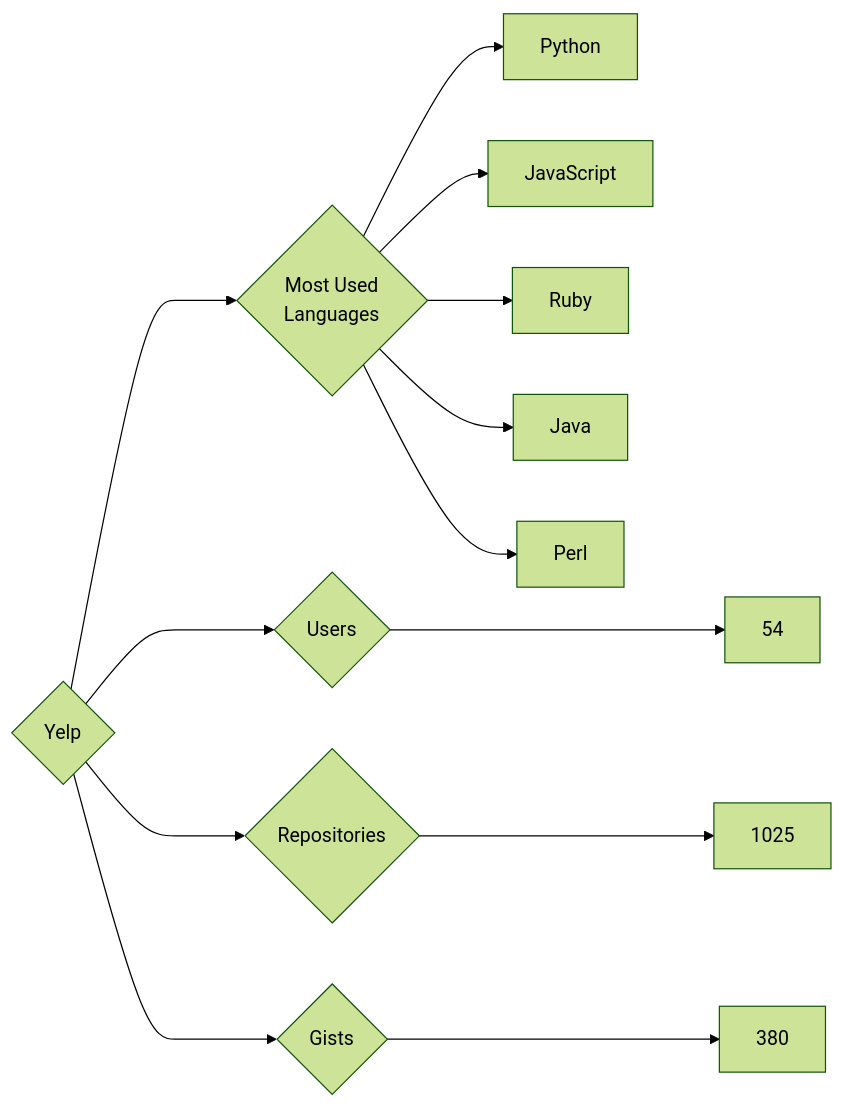
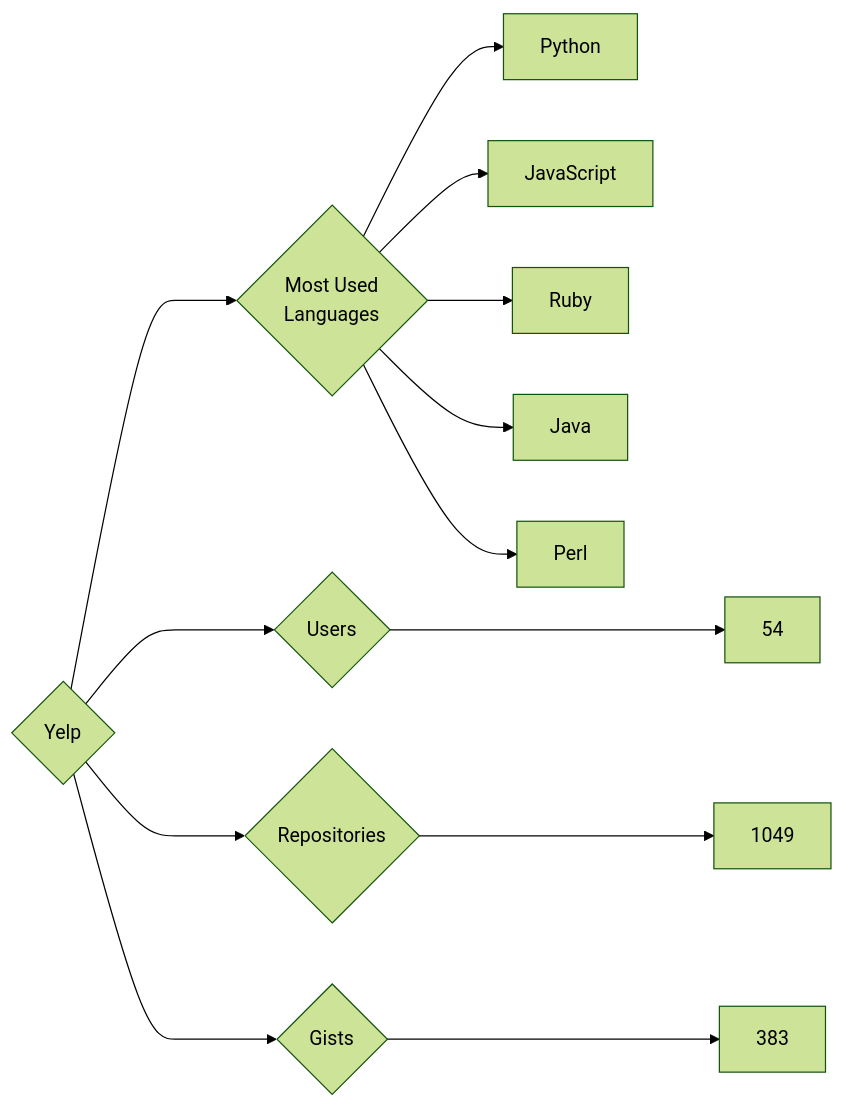
The diagram in targets/Yelp/README.md (trickest/insiders), drawn with Mermaid (forest theme) before and after one commit. The commit also changed 870 other files, not shown here.

````diff
--- a/targets/Yelp/README.md
+++ b/targets/Yelp/README.md
@@ -3,13 +3,13 @@
 ```mermaid
 graph LR
 COMPANY_NAME{Yelp}
 COMPANY_NAME ---> U{Users} ---> UN[54]
-COMPANY_NAME ---> R{Repositories} ---> RN[1025]
-COMPANY_NAME ---> G{Gists} ---> GN[380]
+COMPANY_NAME ---> R{Repositories} ---> RN[1049]
+COMPANY_NAME ---> G{Gists} ---> GN[383]
 COMPANY_NAME ---> ML{Most Used<br>Languages}
 ML --> Python[Python]
 ML --> JavaScript[JavaScript]
 ML --> Ruby[Ruby]
 ML --> Java[Java]
 ML --> Perl[Perl]
 ```
````
